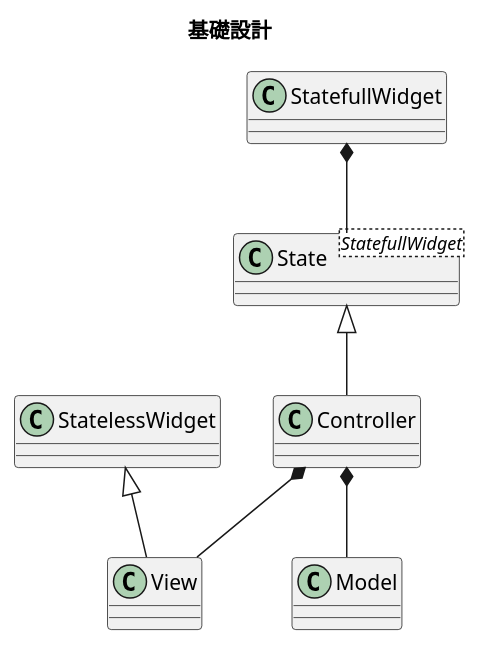
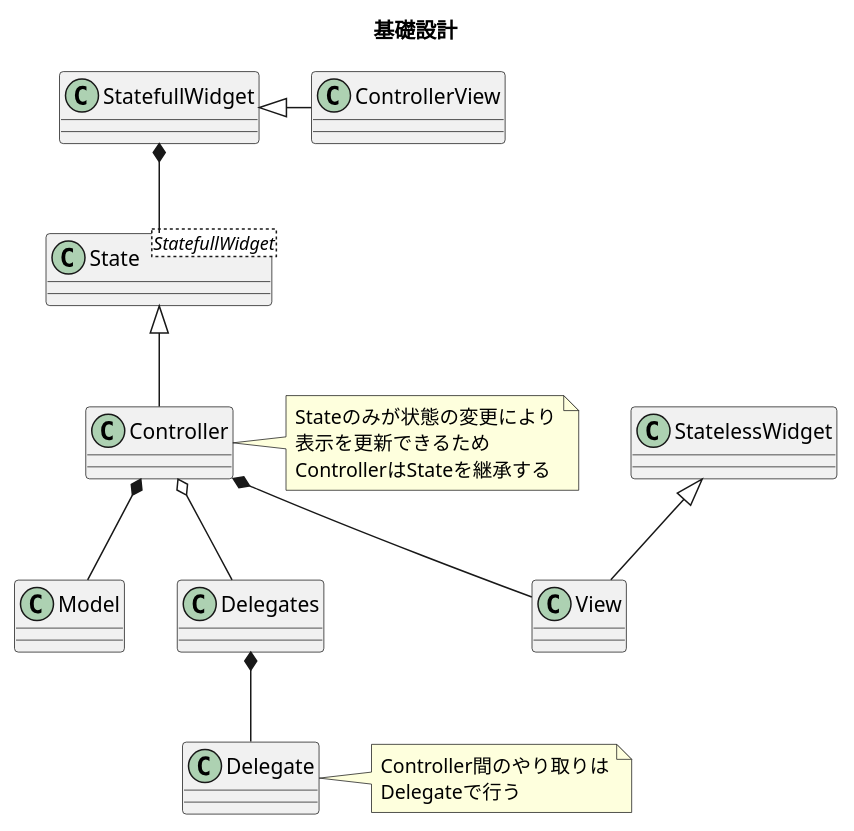
The diagram in specs/設計/基礎クラス図.pu (yobiya/short-bread), drawn with PlantUML before and after one commit.

Commit message:
Controller間のやりとりについての設計を追加

```diff
--- a/specs/設計/基礎クラス図.pu
+++ b/specs/設計/基礎クラス図.pu
@@ -1,18 +1,35 @@
 @startuml
 
 title 基礎設計
 
 class StatelessWidget
 class StatefullWidget
 class State<StatefullWidget>
 class Model
 class View
 class Controller
+class ControllerView
+class Delegate
+class Delegates
 
 StatelessWidget <|-- View
+StatefullWidget <|- ControllerView
 StatefullWidget *-- State
 State <|-- Controller
 Controller *-- Model
 Controller *-- View
+Delegates *-- Delegate
+Controller o-- Delegates
+
+note right of Controller
+  Stateのみが状態の変更により
+  表示を更新できるため
+  ControllerはStateを継承する
+end note
+
+note right of Delegate
+  Controller間のやり取りは
+  Delegateで行う
+end note
 
 @enduml
```
